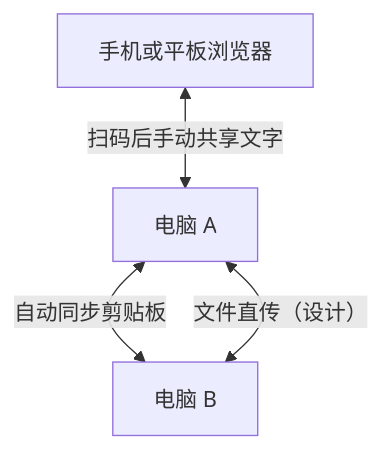
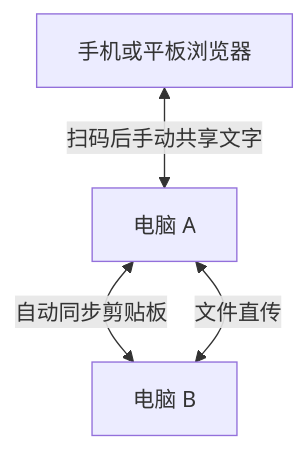
The diagram in README.md (yangjinming1062/MeshShare), drawn with Mermaid before and after one commit. The commit also changed other lines of this file and 16 other files, not shown here.

````diff
--- a/README.md
+++ b/README.md
@@ -16,8 +16,8 @@
 ```mermaid
 flowchart TB
     accTitle: 局域网中的 MeshShare 设备
-    accDescr: 手机或平板扫码连接一台电脑，手动共享文字。两台电脑自动同步剪贴板，并采用文件直传设计。
+    accDescr: 手机或平板扫码连接一台电脑，手动共享文字或直接发送文件。两台电脑自动同步剪贴板并直传文件。
     Mobile["手机或平板浏览器"] <-->|"扫码后手动共享文字"| A["电脑 A"]
     A <-->|"自动同步剪贴板"| B["电脑 B"]
-    A <-->|"文件直传（设计）"| B
+    A <-->|"文件直传"| B
 ```
````
